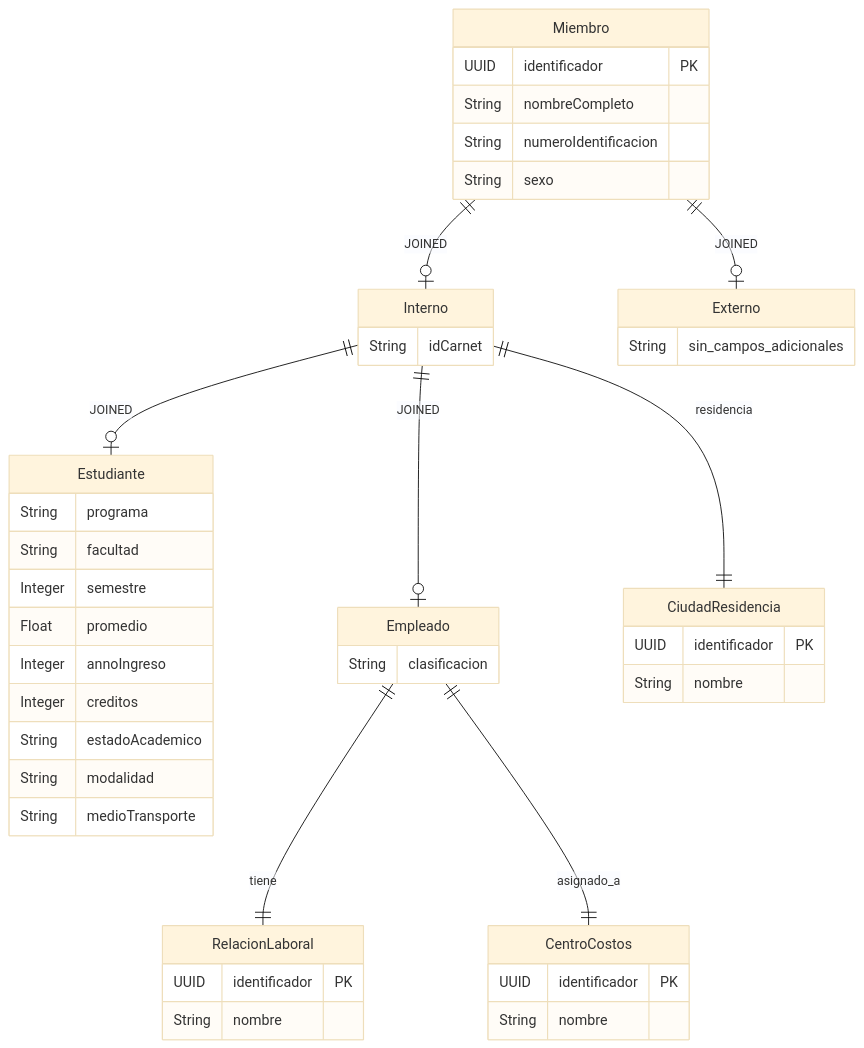
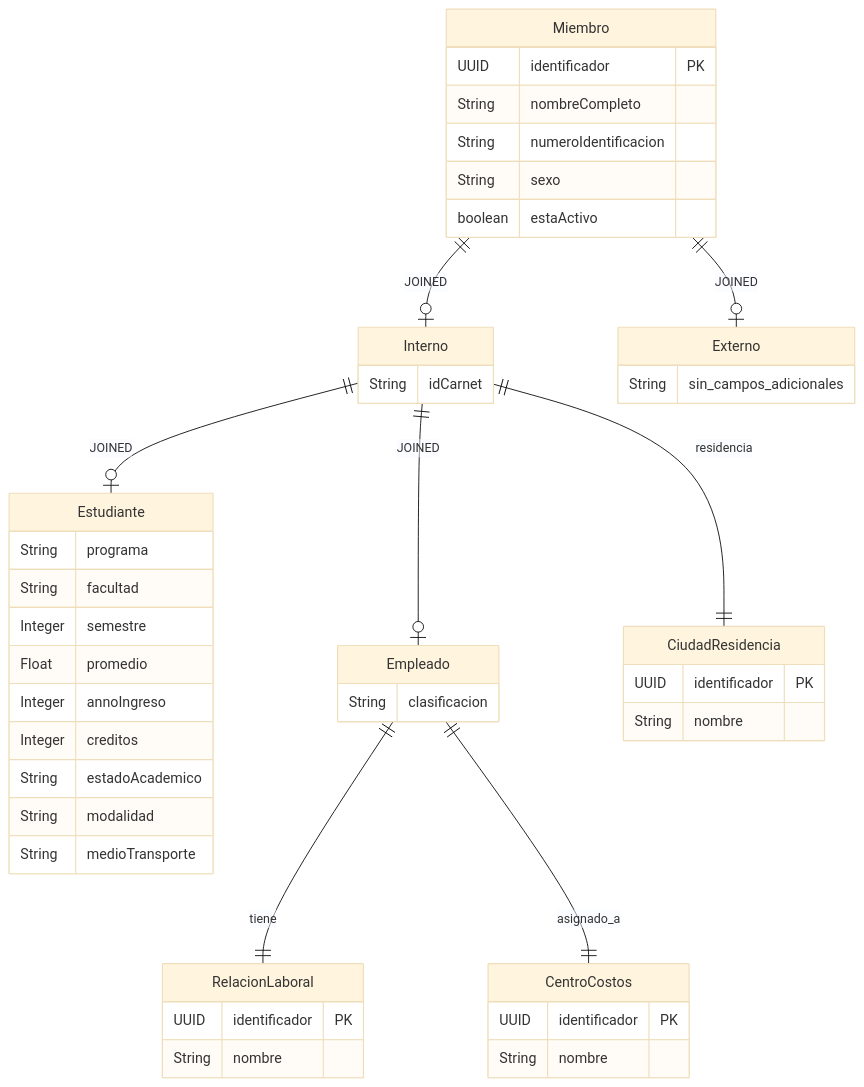
One commit to sibeuco/DocumentacionSibe changed the ninth of 18 diagrams in docs/artifacts/21.arquitectura_de_referencia.md. Above: the diagram before and after it, drawn with Mermaid (base theme). The commit also changed other lines of this file and 9 other files, not shown here.

````diff
--- a/docs/artifacts/21.arquitectura_de_referencia.md
+++ b/docs/artifacts/21.arquitectura_de_referencia.md
@@ -549,49 +549,50 @@
 ```mermaid
 erDiagram
     Miembro {
         UUID identificador PK
         String nombreCompleto
         String numeroIdentificacion
         String sexo
+        boolean estaActivo
     }
     Interno {
         String idCarnet
     }
     Externo {
         String sin_campos_adicionales
     }
     Estudiante {
         String programa
         String facultad
         Integer semestre
         Float promedio
         Integer annoIngreso
         Integer creditos
         String estadoAcademico
         String modalidad
         String medioTransporte
     }
     Empleado {
         String clasificacion
     }
     CiudadResidencia {
         UUID identificador PK
         String nombre
     }
     RelacionLaboral {
         UUID identificador PK
         String nombre
     }
     CentroCostos {
         UUID identificador PK
         String nombre
     }
 
     Miembro ||--o| Interno : "JOINED"
     Miembro ||--o| Externo : "JOINED"
     Interno ||--o| Estudiante : "JOINED"
     Interno ||--o| Empleado : "JOINED"
     Interno ||--|| CiudadResidencia : residencia
     Empleado ||--|| RelacionLaboral : tiene
     Empleado ||--|| CentroCostos : asignado_a
 ```
````
